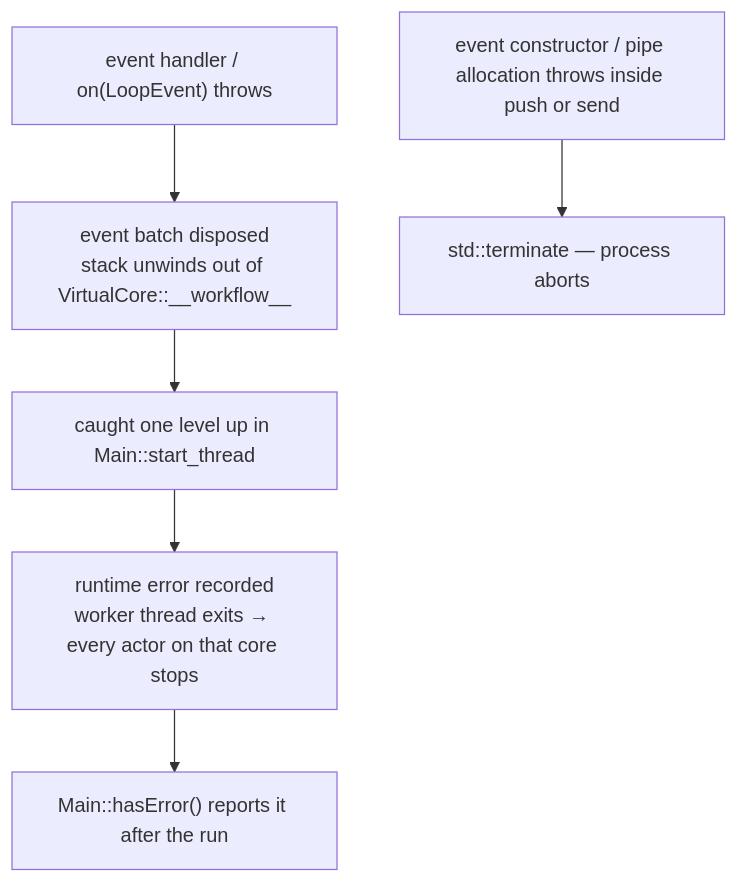
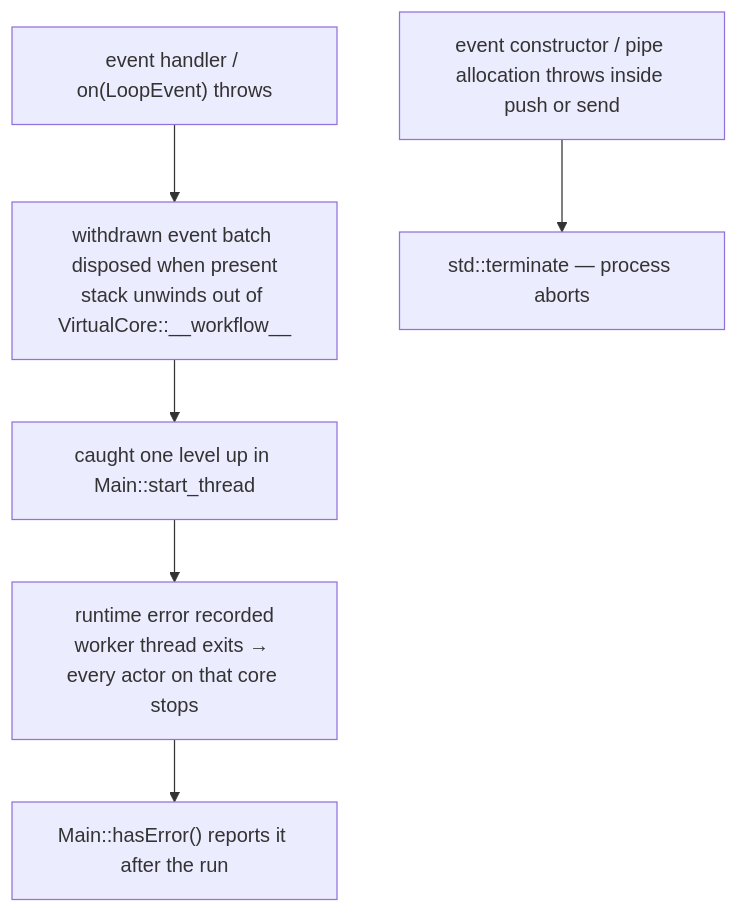
One commit to isndev/qb changed the diagram in readme/6_guides/error_handling.md. Above: the diagram before and after it, drawn with Mermaid. The commit also changed 37 other files, not shown here.

````diff
--- a/readme/6_guides/error_handling.md
+++ b/readme/6_guides/error_handling.md
@@ -49,8 +49,8 @@
 ```mermaid
 flowchart TD
-    H["event handler / on(LoopEvent) throws"] --> UW["event batch disposed<br/>stack unwinds out of VirtualCore::__workflow__"]
+    H["event handler / on(LoopEvent) throws"] --> UW["withdrawn event batch disposed when present<br/>stack unwinds out of VirtualCore::__workflow__"]
     UW --> SC["caught one level up in Main::start_thread"]
     SC --> FLAG["runtime error recorded<br/>worker thread exits → every actor on that core stops"]
     FLAG --> OBS["Main::hasError() reports it after the run"]
     OP["event constructor / pipe allocation throws inside push or send"] --> TERM["std::terminate — process aborts"]
 ```
````
